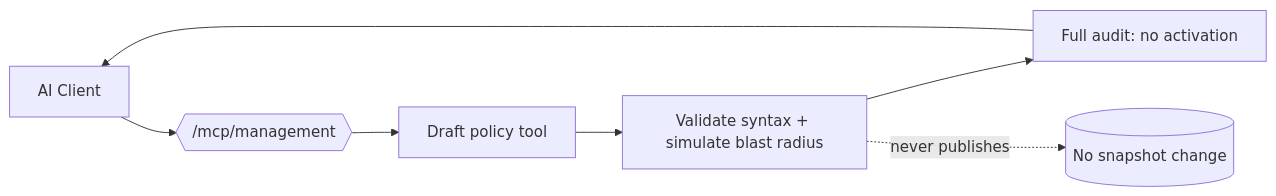
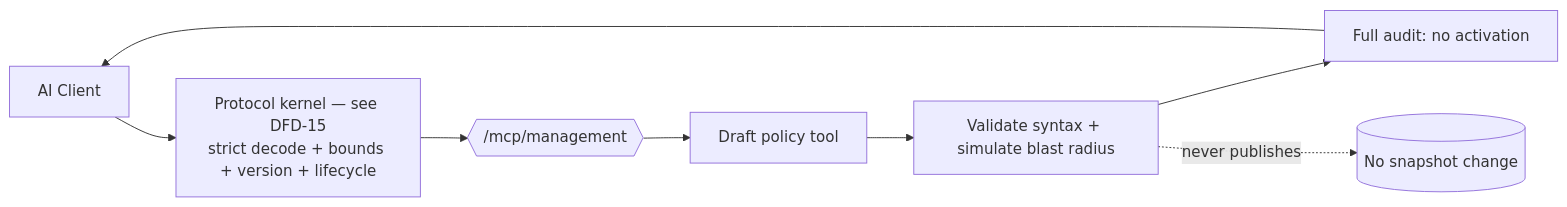
Before and after one commit to KidCarmi/Culvert: the second of 15 diagrams in docs/design/mcp/DATA-FLOW-DIAGRAMS.md, drawn with Mermaid. The commit also changed other lines of this file and 4 other files, not shown here.

First line of the commit message:
docs(mcp): execute low-risk calls, scope cleanup, test rollback, model the kernel for both capabilities

````diff
--- a/docs/design/mcp/DATA-FLOW-DIAGRAMS.md
+++ b/docs/design/mcp/DATA-FLOW-DIAGRAMS.md
@@ -39,9 +40,10 @@
 ```mermaid
 flowchart LR
-  AC[AI Client] --> L1{{/mcp/management}}
+  AC[AI Client] --> K15["Protocol kernel — see DFD-15<br/>strict decode + bounds + version + lifecycle"]
+  K15 --> L1{{/mcp/management}}
   L1 --> DR[Draft policy tool]
   DR --> VAL[Validate syntax + simulate blast radius]
   VAL --> AUD[Full audit: no activation]
   AUD --> AC
   VAL -. never publishes .-> X[(No snapshot change)]
 ```
````
